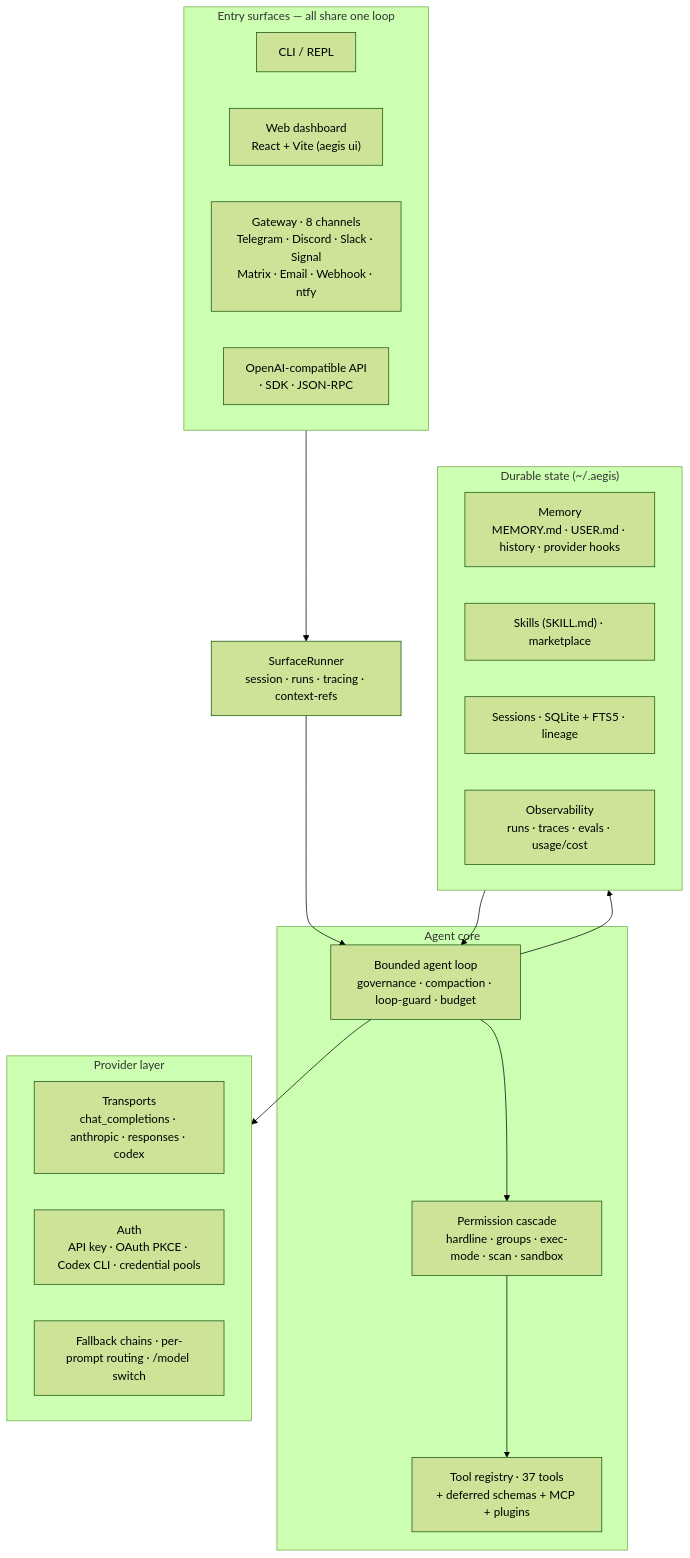
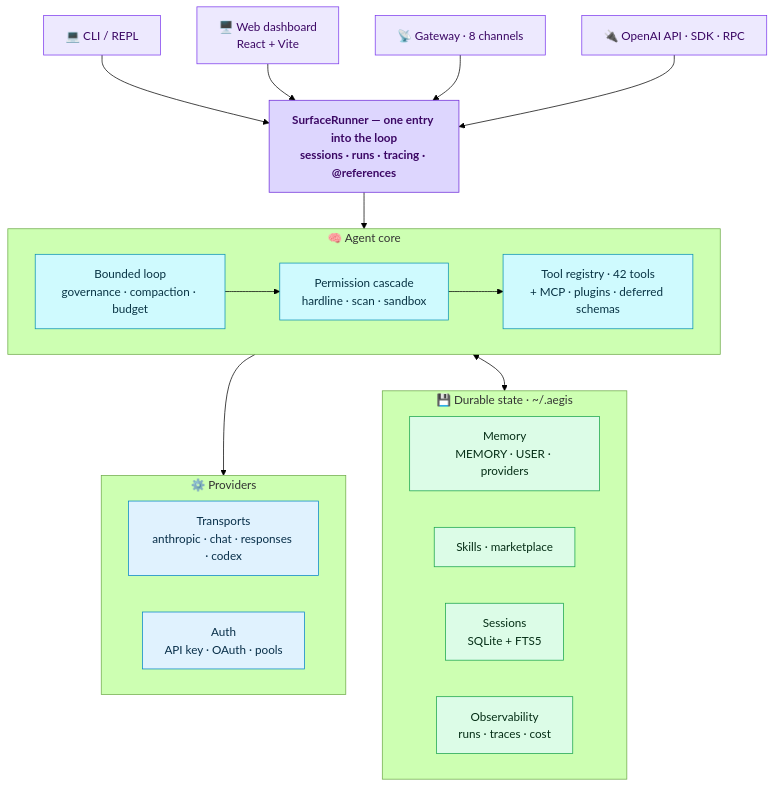
The first of 4 diagrams in README.md (Alien0013/aegis), drawn with Mermaid (forest theme) before and after one commit. The commit also changed other lines of this file and 1 other file, not shown here.

````diff
--- a/README.md
+++ b/README.md
@@ -67,36 +67,41 @@
 ```mermaid
 flowchart TB
-    subgraph Surfaces["Entry surfaces — all share one loop"]
-        CLI["CLI / REPL"]
-        UI["Web dashboard<br/>React + Vite (aegis ui)"]
-        GW["Gateway · 8 channels<br/>Telegram · Discord · Slack · Signal<br/>Matrix · Email · Webhook · ntfy"]
-        API["OpenAI-compatible API<br/>· SDK · JSON-RPC"]
+    CLI["💻 CLI / REPL"]:::s
+    UI["🖥️ Web dashboard<br/>React + Vite"]:::s
+    GW["📡 Gateway · 8 channels"]:::s
+    API["🔌 OpenAI API · SDK · RPC"]:::s
+
+    SR["SurfaceRunner — one entry into the loop<br/>sessions · runs · tracing · @references"]:::hub
+
+    subgraph CORE["🧠 Agent core"]
+        direction LR
+        LOOP["Bounded loop<br/>governance · compaction · budget"]:::c
+        PERM["Permission cascade<br/>hardline · scan · sandbox"]:::c
+        REG["Tool registry · 42 tools<br/>+ MCP · plugins · deferred schemas"]:::c
     end
 
-    SR["SurfaceRunner<br/>session · runs · tracing · context-refs"]
-
-    subgraph Core["Agent core"]
-        LOOP["Bounded agent loop<br/>governance · compaction · loop-guard · budget"]
-        PERM["Permission cascade<br/>hardline · groups · exec-mode · scan · sandbox"]
-        REG["Tool registry · 37 tools<br/>+ deferred schemas + MCP + plugins"]
+    subgraph PROV["⚙️ Providers"]
+        direction LR
+        TRANS["Transports<br/>anthropic · chat · responses · codex"]:::p
+        AUTH["Auth<br/>API key · OAuth · pools"]:::p
     end
 
-    subgraph Providers["Provider layer"]
-        TRANS["Transports<br/>chat_completions · anthropic · responses · codex"]
-        AUTH["Auth<br/>API key · OAuth PKCE · Codex CLI · credential pools"]
-        FB["Fallback chains · per-prompt routing · /model switch"]
+    subgraph STATE["💾 Durable state · ~/.aegis"]
+        direction LR
+        MEM["Memory<br/>MEMORY · USER · providers"]:::d
+        SK["Skills · marketplace"]:::d
+        SESS["Sessions<br/>SQLite + FTS5"]:::d
+        OBS["Observability<br/>runs · traces · cost"]:::d
     end
 
-    subgraph State["Durable state (~/.aegis)"]
-        MEM["Memory<br/>MEMORY.md · USER.md · history · provider hooks"]
-        SK["Skills (SKILL.md) · marketplace"]
-        SESS["Sessions · SQLite + FTS5 · lineage"]
-        OBS["Observability<br/>runs · traces · evals · usage/cost"]
-    end
+    CLI & UI & GW & API --> SR --> LOOP
+    LOOP --> PERM --> REG
+    LOOP --> PROV
+    LOOP <--> STATE
 
-    Surfaces --> SR --> LOOP
-    LOOP --> PERM --> REG
-    LOOP --> Providers
-    LOOP --> State
-    State --> LOOP
+    classDef s fill:#ede9fe,stroke:#7c3aed,color:#3b0764;
+    classDef hub fill:#ddd6fe,stroke:#6d28d9,color:#3b0764,font-weight:bold;
+    classDef c fill:#cffafe,stroke:#0891b2,color:#083344;
+    classDef p fill:#e0f2fe,stroke:#0284c7,color:#082f49;
+    classDef d fill:#dcfce7,stroke:#16a34a,color:#052e16;
 ```
````
